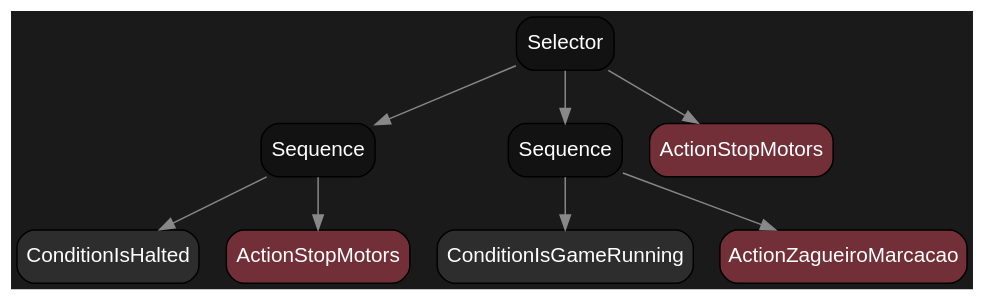
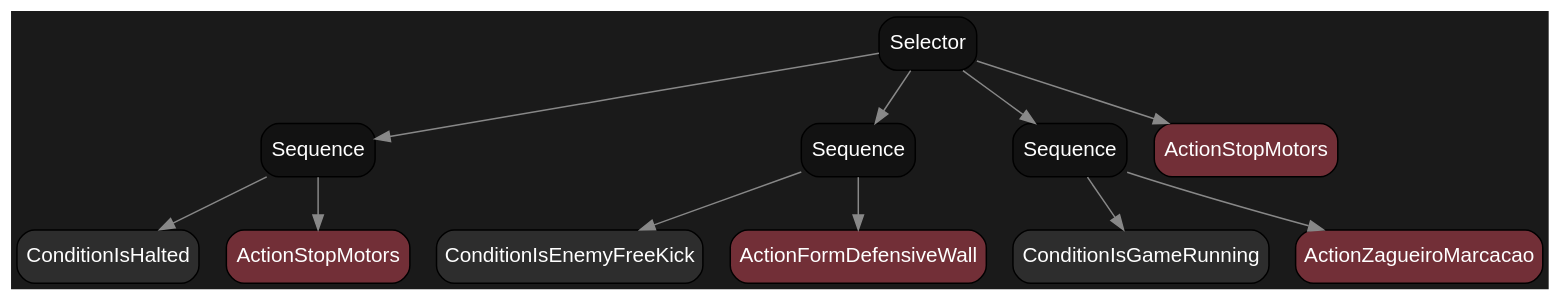
The diagram in diagramas/mapa_arvore_zaga_marcacao.dot (Danielgmichels/labind-ssl-ai), drawn with Graphviz before and after one commit. The commit also changed 24 other files, not shown here.

```diff
--- a/diagramas/mapa_arvore_zaga_marcacao.dot
+++ b/diagramas/mapa_arvore_zaga_marcacao.dot
@@ -1,19 +1,25 @@
 digraph BehaviorTree {
     bgcolor="#1a1a1a";
     node [shape=box, style="filled,rounded", fontname="Arial", color="#000000", penwidth=1];
-    "140678237082704" [label="Selector", fillcolor="#121212", fontcolor="white"];
-    "140678237082704" -> "140678237082368" [color="#888888"];
-    "140678237082368" [label="Sequence", fillcolor="#121212", fontcolor="white"];
-    "140678237082368" -> "140678237082272" [color="#888888"];
-    "140678237082272" [label="ConditionIsHalted", fillcolor="#2d2d2d", fontcolor="white"];
-    "140678237082368" -> "140678237082320" [color="#888888"];
-    "140678237082320" [label="ActionStopMotors", fillcolor="#722F37", fontcolor="white"];
-    "140678237082704" -> "140678237082560" [color="#888888"];
-    "140678237082560" [label="Sequence", fillcolor="#121212", fontcolor="white"];
-    "140678237082560" -> "140678237082464" [color="#888888"];
-    "140678237082464" [label="ConditionIsGameRunning", fillcolor="#2d2d2d", fontcolor="white"];
-    "140678237082560" -> "140678237082512" [color="#888888"];
-    "140678237082512" [label="ActionZagueiroMarcacao", fillcolor="#722F37", fontcolor="white"];
-    "140678237082704" -> "140678237082656" [color="#888888"];
-    "140678237082656" [label="ActionStopMotors", fillcolor="#722F37", fontcolor="white"];
+    "140264501953776" [label="Selector", fillcolor="#121212", fontcolor="white"];
+    "140264501953776" -> "140264501953200" [color="#888888"];
+    "140264501953200" [label="Sequence", fillcolor="#121212", fontcolor="white"];
+    "140264501953200" -> "140264501953104" [color="#888888"];
+    "140264501953104" [label="ConditionIsHalted", fillcolor="#2d2d2d", fontcolor="white"];
+    "140264501953200" -> "140264501953152" [color="#888888"];
+    "140264501953152" [label="ActionStopMotors", fillcolor="#722F37", fontcolor="white"];
+    "140264501953776" -> "140264501953440" [color="#888888"];
+    "140264501953440" [label="Sequence", fillcolor="#121212", fontcolor="white"];
+    "140264501953440" -> "140264501953296" [color="#888888"];
+    "140264501953296" [label="ConditionIsEnemyFreeKick", fillcolor="#2d2d2d", fontcolor="white"];
+    "140264501953440" -> "140264501953344" [color="#888888"];
+    "140264501953344" [label="ActionFormDefensiveWall", fillcolor="#722F37", fontcolor="white"];
+    "140264501953776" -> "140264501953632" [color="#888888"];
+    "140264501953632" [label="Sequence", fillcolor="#121212", fontcolor="white"];
+    "140264501953632" -> "140264501953536" [color="#888888"];
+    "140264501953536" [label="ConditionIsGameRunning", fillcolor="#2d2d2d", fontcolor="white"];
+    "140264501953632" -> "140264501953584" [color="#888888"];
+    "140264501953584" [label="ActionZagueiroMarcacao", fillcolor="#722F37", fontcolor="white"];
+    "140264501953776" -> "140264501953728" [color="#888888"];
+    "140264501953728" [label="ActionStopMotors", fillcolor="#722F37", fontcolor="white"];
 }
```
